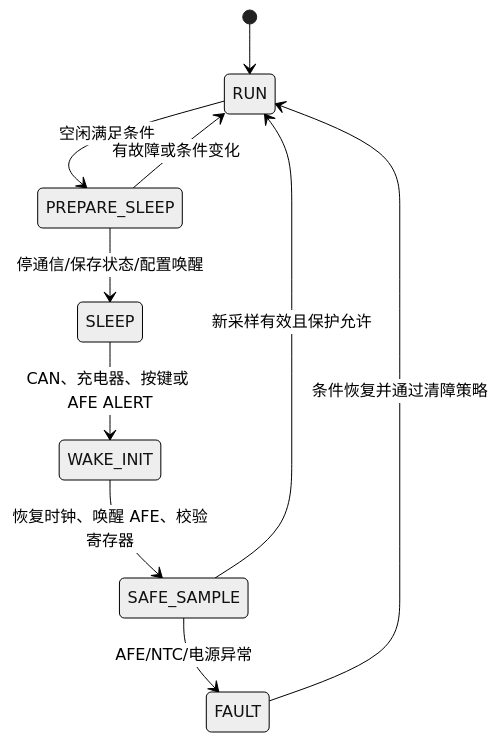
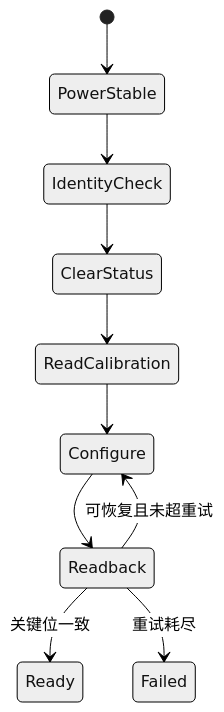
Before and after one commit to MosyuSora/Flex_LoVo_BMS: the first of 2 diagrams in document/interview/01-mcu-and-core-chips.md, drawn with Mermaid (neutral theme). The commit also changed other lines of this file, not shown here.

````diff
--- a/document/interview/01-mcu-and-core-chips.md
+++ b/document/interview/01-mcu-and-core-chips.md
@@ -1165,12 +815,12 @@
 ```mermaid
 stateDiagram-v2
-    [*] --> RUN
-    RUN --> PREPARE_SLEEP: 空闲满足条件
-    PREPARE_SLEEP --> RUN: 有故障或条件变化
-    PREPARE_SLEEP --> SLEEP: 停通信/保存状态/配置唤醒
-    SLEEP --> WAKE_INIT: CAN、充电器、按键或 AFE ALERT
-    WAKE_INIT --> SAFE_SAMPLE: 恢复时钟、唤醒 AFE、校验寄存器
-    SAFE_SAMPLE --> RUN: 新采样有效且保护允许
-    SAFE_SAMPLE --> FAULT: AFE/NTC/电源异常
-    FAULT --> RUN: 条件恢复并通过清障策略
+    [*] --> PowerStable
+    PowerStable --> IdentityCheck
+    IdentityCheck --> ClearStatus
+    ClearStatus --> ReadCalibration
+    ReadCalibration --> Configure
+    Configure --> Readback
+    Readback --> Ready: 关键位一致
+    Readback --> Configure: 可恢复且未超重试
+    Readback --> Failed: 重试耗尽
 ```
````
